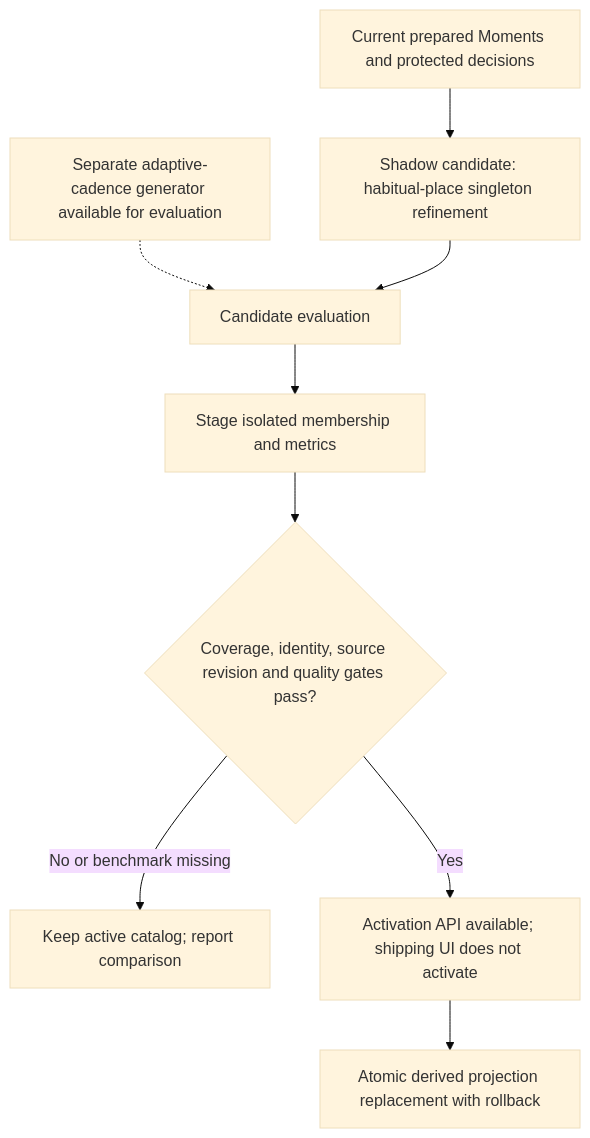
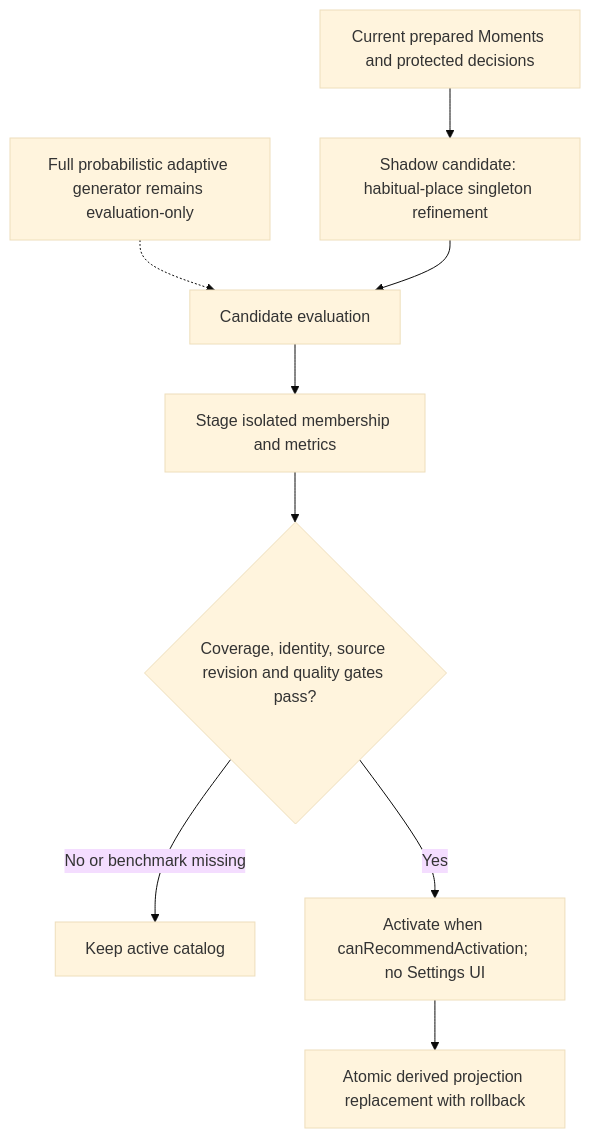
Before and after one commit to rostyslav-khomyk/photo-curator: the fourth of 5 diagrams in Docs/CURATION_ALGORITHM.md, drawn with Mermaid (base theme). The commit also changed other lines of this file and 37 other files, not shown here.

````diff
--- a/Docs/CURATION_ALGORITHM.md
+++ b/Docs/CURATION_ALGORITHM.md
@@ -210,11 +373,11 @@
 ```mermaid
 flowchart TD
     A[Current prepared Moments and protected decisions] --> B[Shadow candidate: habitual-place singleton refinement]
-    X[Separate adaptive-cadence generator available for evaluation] -.-> C[Candidate evaluation]
+    X[Full probabilistic adaptive generator remains evaluation-only] -.-> C[Candidate evaluation]
     B --> C
     C --> D[Stage isolated membership and metrics]
     D --> E{Coverage, identity, source revision and quality gates pass?}
-    E -->|No or benchmark missing| F[Keep active catalog; report comparison]
-    E -->|Yes| G[Activation API available; shipping UI does not activate]
+    E -->|No or benchmark missing| F[Keep active catalog]
+    E -->|Yes| G[Activate when canRecommendActivation; no Settings UI]
     G --> H[Atomic derived projection replacement with rollback]
 ```
````
